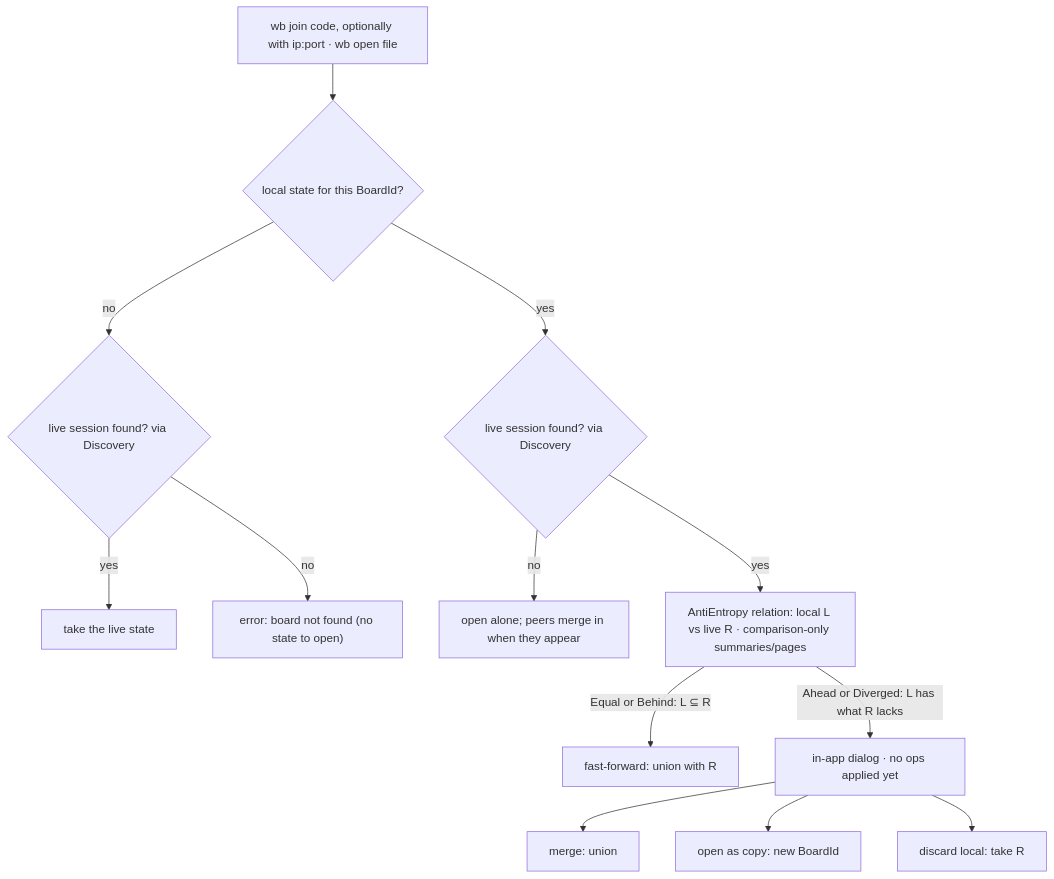
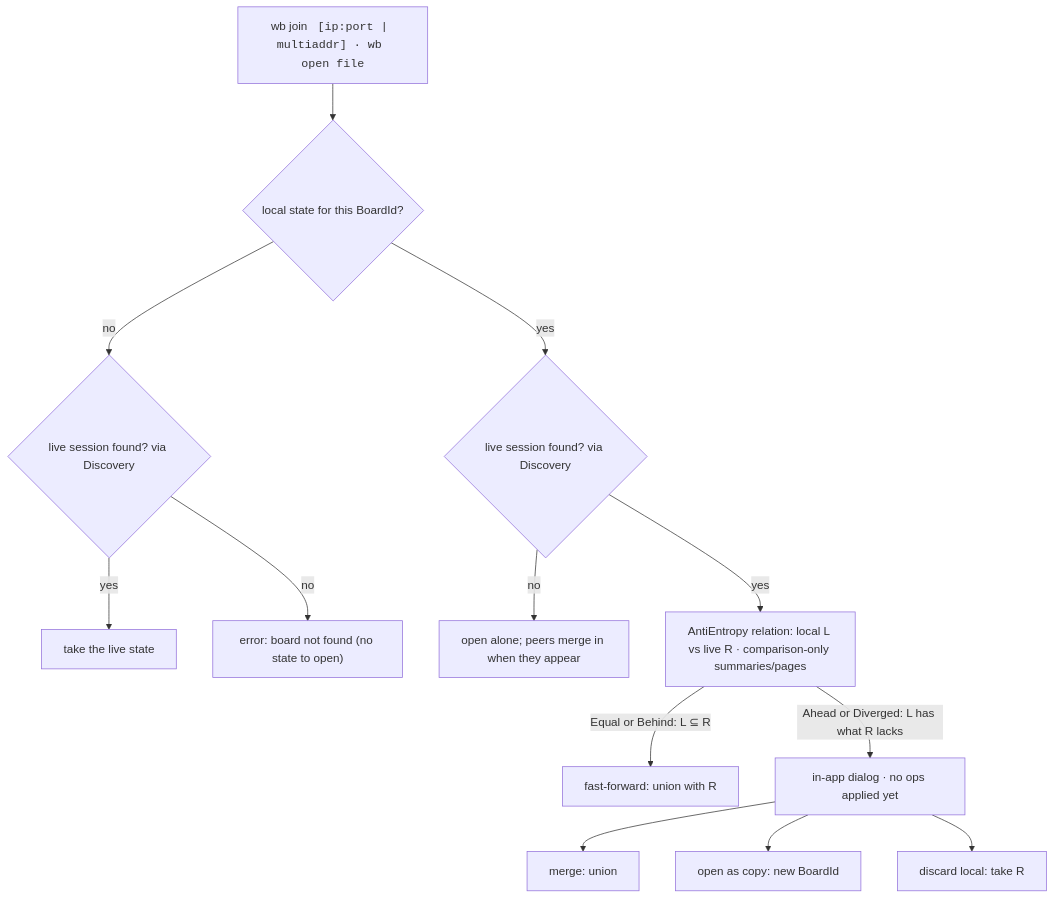
One commit to Student-Team-Projects/Most-Overkilled-Whiteboard-for-ArchLinux changed the diagram in docs/design/join-flow.md. Above: the diagram before and after it, drawn with Mermaid. The commit also changed other lines of this file and 28 other files, not shown here.

````diff
--- a/docs/design/join-flow.md
+++ b/docs/design/join-flow.md
@@ -6,15 +6,15 @@
 ```mermaid
 flowchart TD
-    start["wb join code, optionally with ip:port · wb open file"] --> local{"local state for this BoardId?"}
+    start["wb join <code> [ip:port | multiaddr] · wb open file"] --> local{"local state for this BoardId?"}
     local -- no --> livecheck{"live session found? via Discovery"}
     livecheck -- yes --> take["take the live state"]
     livecheck -- no --> missing["error: board not found (no state to open)"]
     local -- yes --> live{"live session found? via Discovery"}
     live -- no --> seed["open alone; peers merge in when they appear"]
     live -- yes --> rel["AntiEntropy relation: local L vs live R · comparison-only summaries/pages"]
     rel -- "Equal or Behind: L ⊆ R" --> ff["fast-forward: union with R"]
     rel -- "Ahead or Diverged: L has what R lacks" --> dlg["in-app dialog · no ops applied yet"]
     dlg --> merge["merge: union"]
     dlg --> copy["open as copy: new BoardId"]
     dlg --> discard["discard local: take R"]
 ```
````
